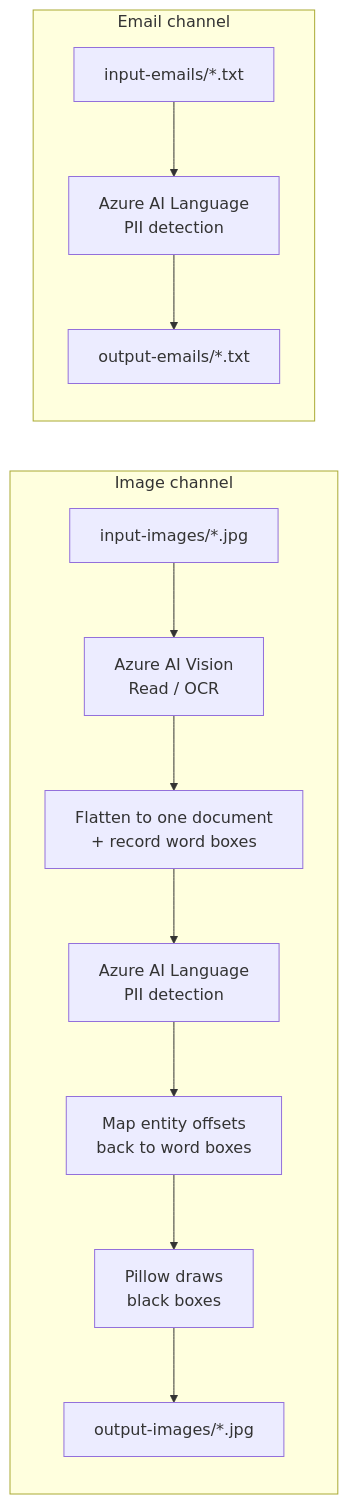
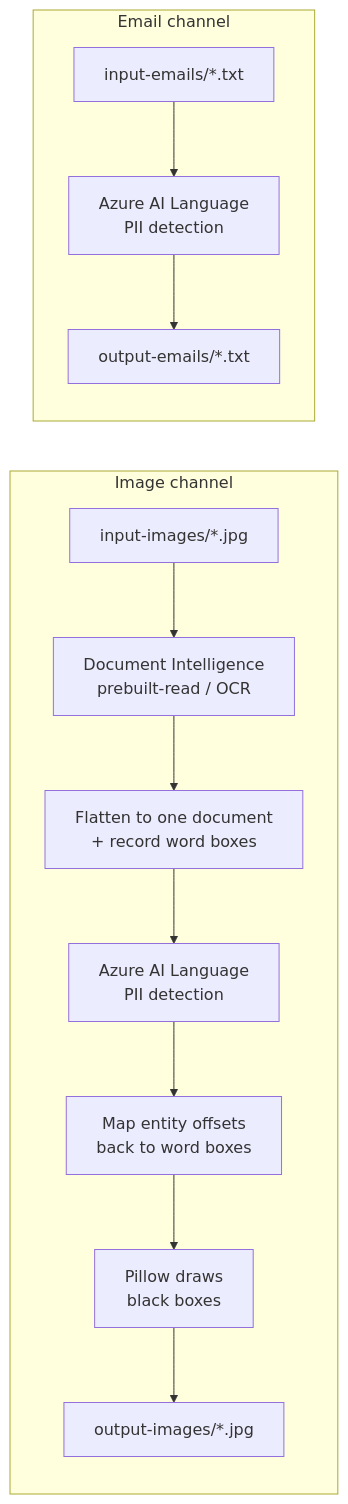
The diagram in README.md (vinodpatil-ms/pii-redaction-demo), drawn with Mermaid before and after one commit. The commit also changed other lines of this file and 16 other files, not shown here.

First line of the commit message:
Migrate OCR to Document Intelligence and retain Vision reference

````diff
--- a/README.md
+++ b/README.md
@@ -29,15 +30,15 @@
 ```mermaid
 flowchart LR
     subgraph images ["Image channel"]
-        A[input-images/*.jpg] --> B[Azure AI Vision<br/>Read / OCR]
+        A[input-images/*.jpg] --> B[Document Intelligence<br/>prebuilt-read / OCR]
         B --> C[Flatten to one document<br/>+ record word boxes]
         C --> D[Azure AI Language<br/>PII detection]
         D --> E[Map entity offsets<br/>back to word boxes]
         E --> F[Pillow draws<br/>black boxes]
         F --> G[output-images/*.jpg]
     end
     subgraph emails ["Email channel"]
         H[input-emails/*.txt] --> I[Azure AI Language<br/>PII detection]
         I --> J[output-emails/*.txt]
     end
 ```
````
